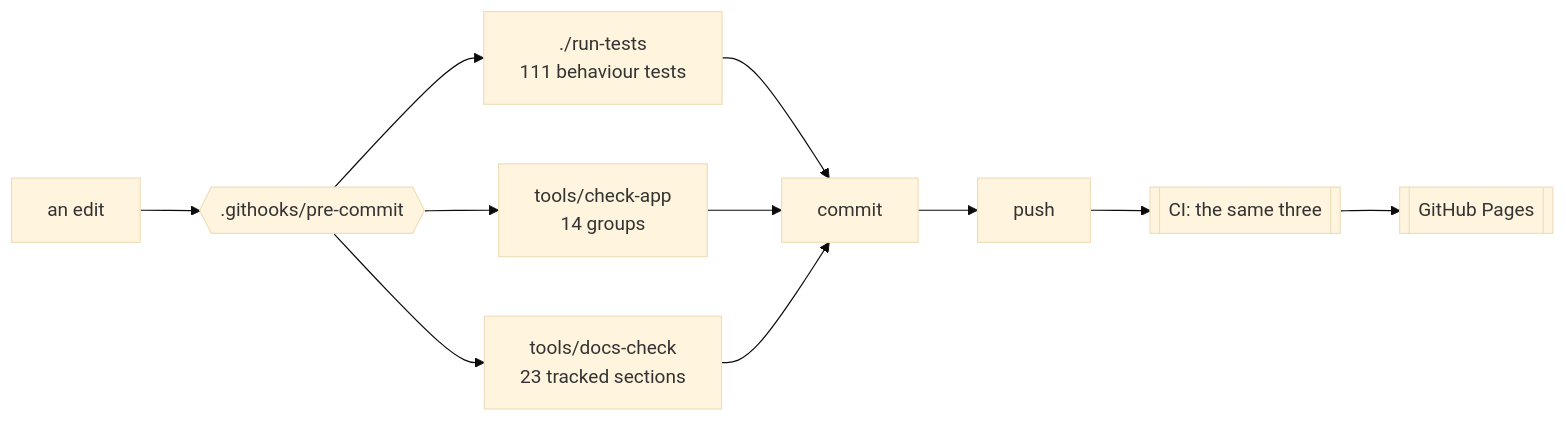
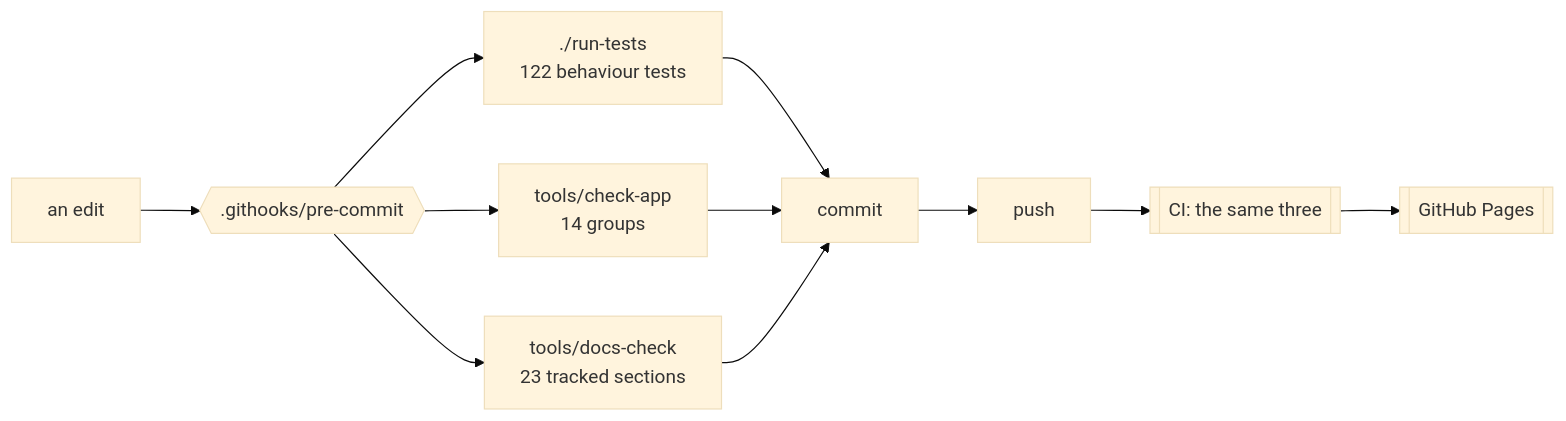
One commit to minormending/crystal-pilot-mobile changed the diagram in docs/DEVELOPING.md. Above: the diagram before and after it, drawn with Mermaid (base theme). The commit also changed other lines of this file and 5 other files, not shown here.

````diff
--- a/docs/DEVELOPING.md
+++ b/docs/DEVELOPING.md
@@ -15,12 +15,12 @@
 ```mermaid
 flowchart LR
     E[an edit] --> H{{".githooks/pre-commit"}}
-    H --> T["./run-tests<br/>111 behaviour tests"]
+    H --> T["./run-tests<br/>122 behaviour tests"]
     H --> C["tools/check-app<br/>14 groups"]
     H --> D["tools/docs-check<br/>23 tracked sections"]
     T --> OK[commit]
     C --> OK
     D --> OK
     OK --> P[push] --> CI[["CI: the same three"]]
     CI --> PG[[GitHub Pages]]
 ```
````
